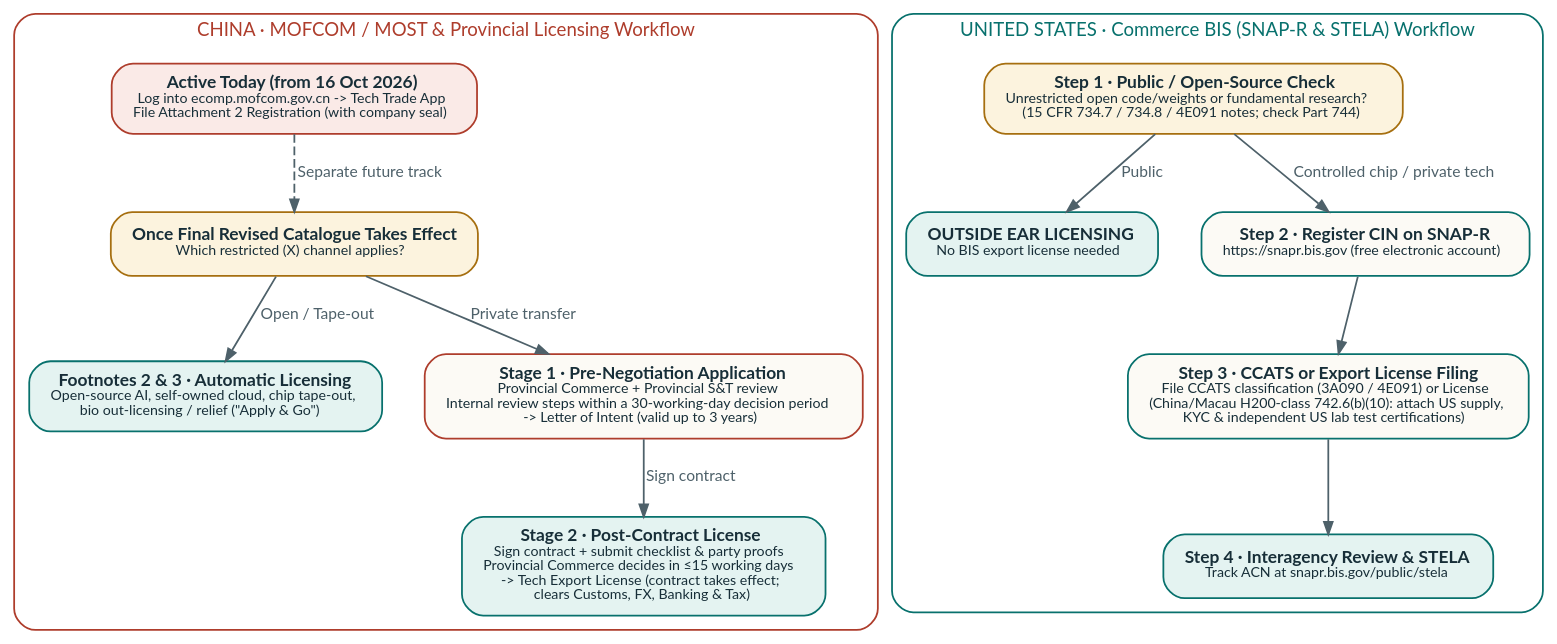
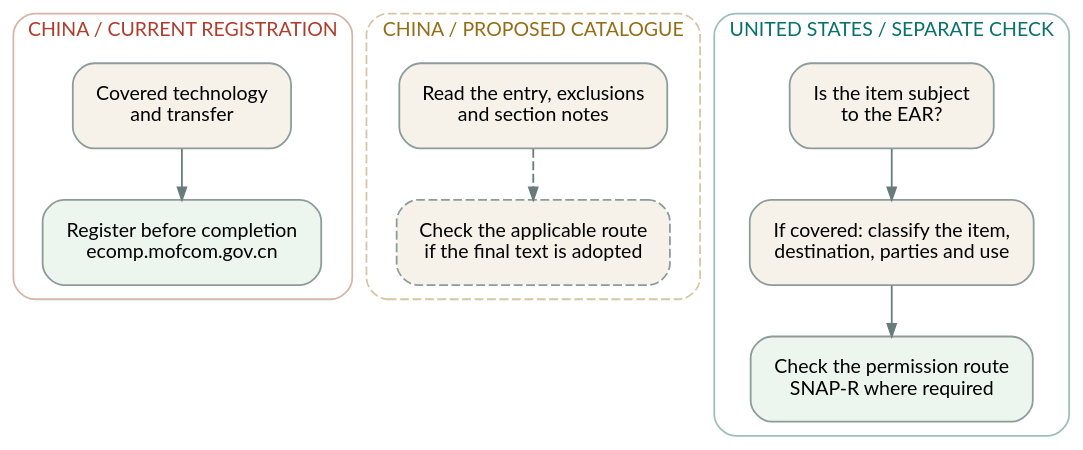
The diagram in book/comparison.rst (insanai/aiexportcontrols), drawn with Graphviz before and after one commit. The commit also changed other lines of this file and 93 other files, not shown here.

Commit message:
book: pair clear illustrations with precise diagrams

```diff
--- a/book/comparison.rst
+++ b/book/comparison.rst
@@ -45,61 +52,23 @@
 .. graphviz::
    :class: graphviz-adaptive
-   :caption: Official government registration and export-licensing workflows in China (MOFCOM/MOST + Provincial Authorities) and the United States (BIS SNAP-R & STELA).
-   :name: fig-flowchart-approval
+   :name: fig-approval-questions
+   :caption: Current Chinese registration, the proposed Chinese catalogue and US jurisdiction are separate checks. Dashed lines mark the proposed track.
+   :alt: Current Chinese registration, the proposed Chinese catalogue and US jurisdiction are separate checks. Dashed lines mark the proposed track.
 
-   digraph gov_approval {
-     graph [rankdir=TB, bgcolor="transparent", pad="0.24", nodesep="0.34", ranksep="0.46",
-            fontname="Lato, Noto Serif CJK SC, Noto Serif CJK JP, Noto Serif CJK KR, Noto Serif Devanagari, sans-serif"];
-     node [shape=box, style="rounded,filled", fillcolor="#fcfaf5", color="#08716d",
-           fontname="Lato, Noto Serif CJK SC, Noto Serif CJK JP, Noto Serif CJK KR, Noto Serif Devanagari, sans-serif",
-           fontcolor="#172e38", fontsize=9.8, margin="0.16,0.10"];
-     edge [color="#4e616a", fontname="Lato, Noto Serif CJK SC, Noto Serif CJK JP, Noto Serif CJK KR, Noto Serif Devanagari, sans-serif",
-           fontcolor="#4e616a", fontsize=8.8, arrowsize=0.7];
-
-     subgraph cluster_cn {
-       label="CHINA · MOFCOM / MOST & Provincial Licensing Workflow";
-       fontsize=10.5;
-       fontcolor="#ae3d2c";
-       style="rounded";
-       color="#ae3d2c";
-
-       cn0 [class="gd-input", fillcolor="#faeae7", color="#ae3d2c",
-            label=<<B>Active Today (from 16 Oct 2026)</B><BR/><FONT POINT-SIZE="8.5">Log into ecomp.mofcom.gov.cn -&gt; Tech Trade App<BR/>File Attachment 2 Registration (with company seal)</FONT>>];
-       cn_route [class="gd-choice", fillcolor="#fcf3de", color="#a66f10",
-                 label=<<B>Once Final Revised Catalogue Takes Effect</B><BR/><FONT POINT-SIZE="8.5">Which restricted (X) channel applies?</FONT>>];
-       cn_fast [class="gd-output", fillcolor="#e4f3f1", color="#08716d",
-                label=<<B>Footnotes 2 &amp; 3 · Automatic Licensing</B><BR/><FONT POINT-SIZE="8.5">Open-source AI, self-owned cloud, chip tape-out,<BR/>bio out-licensing / relief (&quot;Apply &amp; Go&quot;)</FONT>>];
-       cn_s1 [class="gd-input", fillcolor="#fcfaf5", color="#ae3d2c",
-              label=<<B>Stage 1 · Pre-Negotiation Application</B><BR/><FONT POINT-SIZE="8.5">Provincial Commerce + Provincial S&amp;T review<BR/>Internal review steps within a 30-working-day decision period<BR/>-&gt; Letter of Intent (valid up to 3 years)</FONT>>];
-       cn_s2 [class="gd-output", fillcolor="#e4f3f1", color="#08716d",
-              label=<<B>Stage 2 · Post-Contract License</B><BR/><FONT POINT-SIZE="8.5">Sign contract + submit checklist &amp; party proofs<BR/>Provincial Commerce decides in &le;15 working days<BR/>-&gt; Tech Export License (contract takes effect;<BR/>clears Customs, FX, Banking &amp; Tax)</FONT>>];
-
-       cn0 -> cn_route [style=dashed, label=" Separate future track"];
-       cn_route -> cn_fast [label=" Open / Tape-out"];
-       cn_route -> cn_s1 [label=" Private transfer"];
-       cn_s1 -> cn_s2 [label=" Sign contract"];
+   digraph approval_questions {
+     graph [rankdir=TB, bgcolor="transparent", pad="0.15", nodesep="0.25", ranksep="0.4", fontname="Lato, Noto Serif CJK SC, Noto Serif CJK JP, Noto Serif CJK KR, Noto Serif Devanagari, sans-serif"];
+     node [shape=box, style="rounded,filled", fillcolor="#f6f2e9", color="#8d9b9b", fontname="Lato, Noto Serif CJK SC, Noto Serif CJK JP, Noto Serif CJK KR, Noto Serif Devanagari, sans-serif", fontsize=11, margin="0.18,0.16"];
+     edge [color="#687c7b", arrowsize=0.7];
+     subgraph cluster_current {
+       label="CHINA / CURRENT REGISTRATION"; fontcolor="#ae3d2c"; fontsize=11; color="#d4b6aa"; style=rounded;
+       c1 [label="Covered technology\nand transfer"]; c2 [label="Register before completion\necomp.mofcom.gov.cn",fillcolor="#edf5ef"]; c1 -> c2;
      }
-
+     subgraph cluster_draft {
+       label="CHINA / PROPOSED CATALOGUE"; fontcolor="#956c16"; fontsize=11; color="#d5c7a5"; style="rounded,dashed";
+       d1 [label="Read the entry, exclusions\nand section notes"]; d2 [label="Check the applicable route\nif the final text is adopted",style="rounded,dashed,filled"]; d1 -> d2 [style=dashed];
+     }
      subgraph cluster_us {
-       label="UNITED STATES · Commerce BIS (SNAP-R & STELA) Workflow";
-       fontsize=10.5;
-       fontcolor="#08716d";
-       style="rounded";
-       color="#08716d";
-
-       us1 [class="gd-choice", fillcolor="#fcf3de", color="#a66f10",
-            label=<<B>Step 1 · Public / Open-Source Check</B><BR/><FONT POINT-SIZE="8.5">Unrestricted open code/weights or fundamental research?<BR/>(15 CFR 734.7 / 734.8 / 4E091 notes; check Part 744)</FONT>>];
-       us_free [class="gd-output", fillcolor="#e4f3f1", color="#08716d",
-                label=<<B>OUTSIDE EAR LICENSING</B><BR/><FONT POINT-SIZE="8.5">No BIS export license needed</FONT>>];
-       us2 [class="gd-input", fillcolor="#fcfaf5", color="#08716d",
-            label=<<B>Step 2 · Register CIN on SNAP-R</B><BR/><FONT POINT-SIZE="8.5">https://snapr.bis.gov (free electronic account)</FONT>>];
-       us3 [class="gd-input", fillcolor="#fcfaf5", color="#08716d",
-            label=<<B>Step 3 · CCATS or Export License Filing</B><BR/><FONT POINT-SIZE="8.5">File CCATS classification (3A090 / 4E091) or License<BR/>(China/Macau H200-class 742.6(b)(10): attach US supply,<BR/>KYC &amp; independent US lab test certifications)</FONT>>];
-       us4 [class="gd-output", fillcolor="#e4f3f1", color="#08716d",
-            label=<<B>Step 4 · Interagency Review &amp; STELA</B><BR/><FONT POINT-SIZE="8.5">Track ACN at snapr.bis.gov/public/stela</FONT>>];
-
-       us1 -> us_free [label=" Public"];
-       us1 -> us2 [label=" Controlled chip / private tech"];
-       us2 -> us3 -> us4;
+       label="UNITED STATES / SEPARATE CHECK"; fontcolor="#08716d"; fontsize=11; color="#9dbfba"; style=rounded;
+       u1 [label="Is the item subject\nto the EAR?"]; u2 [label="If covered: classify the item,\ndestination, parties and use"]; u3 [label="Check the permission route\nSNAP-R where required",fillcolor="#edf5ef"]; u1 -> u2 -> u3;
      }
    }
```
